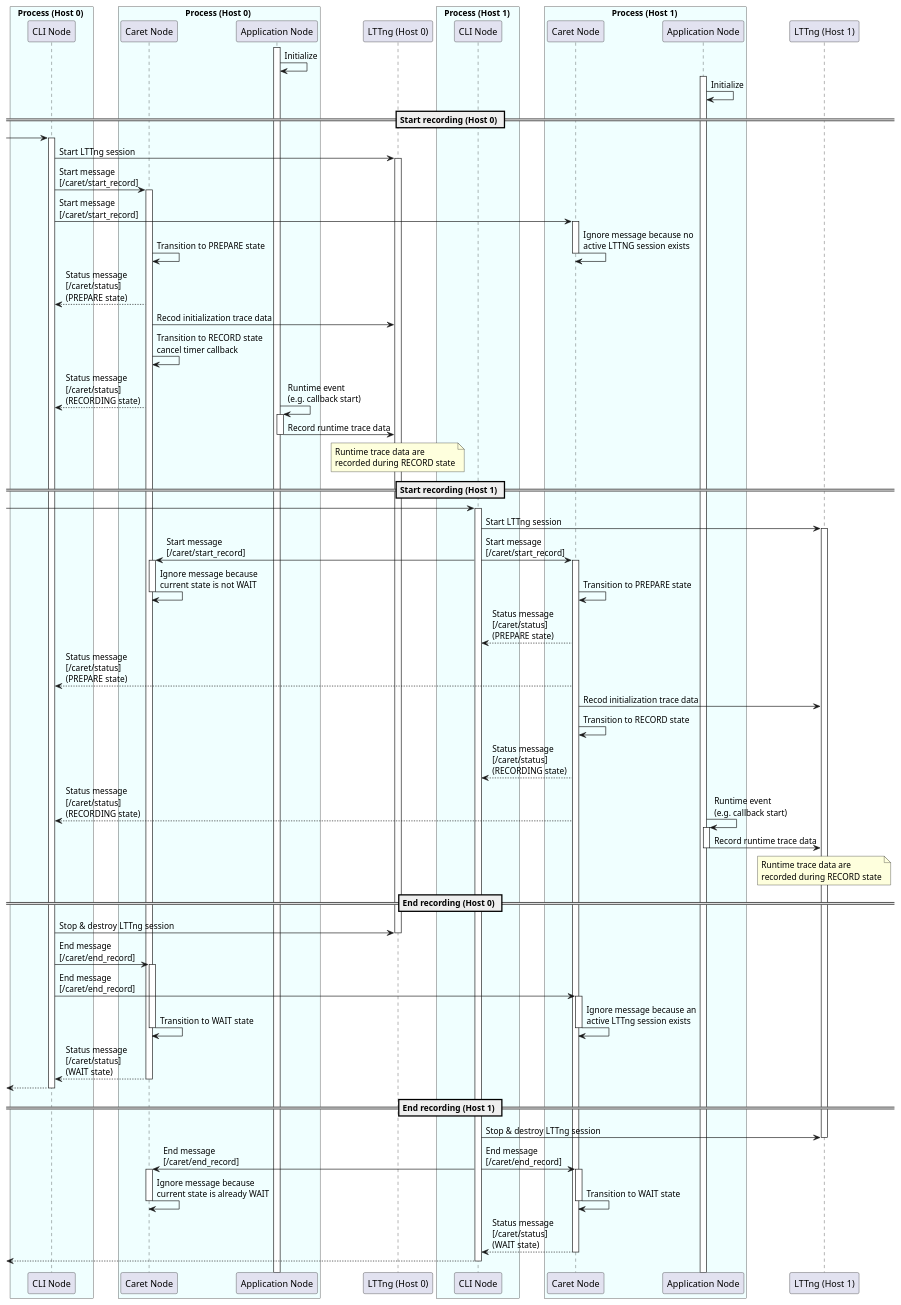
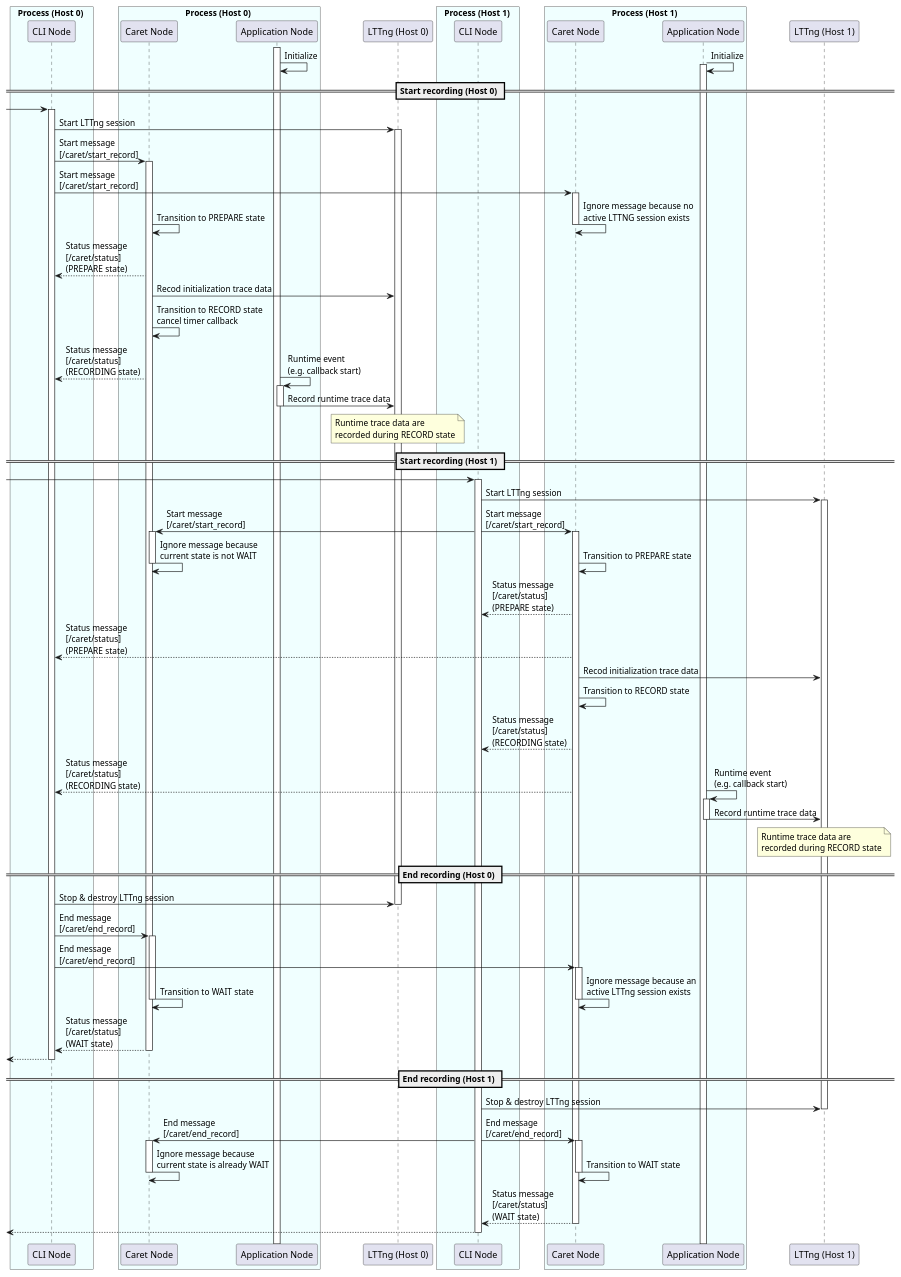
One commit to tier4/caret_doc changed the seventh of 7 diagrams in docs/design/runtime_processing/runtime_recording.md. Above: the diagram before and after it, drawn with PlantUML. The commit also changed other lines of this file, not shown here.

Commit message:
Modify description about multi-host system

```diff
--- a/docs/design/runtime_processing/runtime_recording.md
+++ b/docs/design/runtime_processing/runtime_recording.md
@@ -497,7 +497,7 @@
 participant "Caret Node" as CARET_0
 participant "Application Node" as APP_0
 end box
-participant "LTTng (Host 0)" as LTTNG_0
+participant "LTTng (Host 0)" as Lttng0
 
 box Process (Host 1) #Azure
   participant "CLI Node" as CLI_1
@@ -507,7 +507,7 @@
 participant "Caret Node" as CARET_1
 participant "Application Node" as APP_1
 end box
-participant "LTTng (Host 1)" as LTTNG_1
+participant "LTTng (Host 1)" as Lttng1
 
 activate APP_0
 
@@ -515,14 +515,14 @@
 
 activate APP_1
 
-APP_1 -> APP_1 : Initialize
+& APP_1 -> APP_1 : Initialize
 
 == Start recording (Host 0) ==
 
 -> CLI_0
 activate CLI_0
-CLI_0 -> LTTNG_0 : Start LTTng session
-activate LTTNG_0
+CLI_0 -> Lttng0 : Start LTTng session
+activate Lttng0
 CLI_0 -> CARET_0 : Start message \n[/caret/start_record]
 activate CARET_0
 CLI_0 -> CARET_1 : Start message \n[/caret/start_record]
@@ -533,15 +533,15 @@
 
 & CARET_0 -> CARET_0 : Transition to PREPARE state
 CARET_0 --> CLI_0 : Status message \n[/caret/status] \n(PREPARE state)
-CARET_0 -> LTTNG_0 : Recod initialization trace data
+CARET_0 -> Lttng0 : Recod initialization trace data
 CARET_0 -> CARET_0 : Transition to RECORD state \ncancel timer callback
 
 CARET_0 --> CLI_0 : Status message \n[/caret/status] \n(RECORDING state)
 
 & APP_0 -> APP_0: Runtime event \n(e.g. callback start)
 activate APP_0
-APP_0 -> LTTNG_0: Record runtime trace data
-note over LTTNG_0
+APP_0 -> Lttng0: Record runtime trace data
+note over Lttng0
     Runtime trace data are
     recorded during RECORD state
 end note
@@ -552,8 +552,8 @@
 
 -> CLI_1
 activate CLI_1
-CLI_1 -> LTTNG_1 : Start LTTng session
-activate LTTNG_1
+CLI_1 -> Lttng1 : Start LTTng session
+activate Lttng1
 CLI_1 -> CARET_1 : Start message \n[/caret/start_record]
 activate CARET_1
 & CLI_1 -> CARET_0 : Start message \n[/caret/start_record]
@@ -565,15 +565,15 @@
 & CARET_1 -> CARET_1 : Transition to PREPARE state
 CARET_1 --> CLI_1 : Status message \n[/caret/status] \n(PREPARE state)
 CARET_1 --> CLI_0 : Status message \n[/caret/status] \n(PREPARE state)
-CARET_1 -> LTTNG_1 : Recod initialization trace data
+CARET_1 -> Lttng1 : Recod initialization trace data
 CARET_1 -> CARET_1 : Transition to RECORD state
 CARET_1 --> CLI_1 : Status message \n[/caret/status] \n(RECORDING state)
 CARET_1 --> CLI_0 : Status message \n[/caret/status] \n(RECORDING state)
 
 & APP_1 -> APP_1: Runtime event \n(e.g. callback start)
 activate APP_1
-APP_1 -> LTTNG_1: Record runtime trace data
-note over LTTNG_1
+APP_1 -> Lttng1: Record runtime trace data
+note over Lttng1
     Runtime trace data are
     recorded during RECORD state
 end note
@@ -581,8 +581,8 @@
 deactivate APP_1
 
 == End recording (Host 0) ==
-CLI_0 -> LTTNG_0 : Stop & destroy LTTng session
-deactivate LTTNG_0
+CLI_0 -> Lttng0 : Stop & destroy LTTng session
+deactivate Lttng0
 CLI_0 -> CARET_0 : End message \n[/caret/end_record]
 activate CARET_0
 CLI_0 -> CARET_1 : End message \n[/caret/end_record]
@@ -597,15 +597,15 @@
 deactivate CLI_0
 
 == End recording (Host 1) ==
-CLI_1 -> LTTNG_1 : Stop & destroy LTTng session
-deactivate LTTNG_1
+CLI_1 -> Lttng1 : Stop & destroy LTTng session
+deactivate Lttng1
 CLI_1 -> CARET_1 : End message \n[/caret/end_record]
 activate CARET_1
-&CLI_1 -> CARET_0 : End message \n[/caret/end_record]
+& CLI_1 -> CARET_0 : End message \n[/caret/end_record]
 activate CARET_0
 CARET_1 -> CARET_1 : Transition to WAIT state
 deactivate CARET_1
-&CARET_0 -> CARET_0 : Ignore message because \ncurrent state is already WAIT
+& CARET_0 -> CARET_0 : Ignore message because \ncurrent state is already WAIT
 deactivate CARET_0
 CARET_1 --> CLI_1 : Status message \n[/caret/status] \n(WAIT state)
 deactivate CARET_1
```
